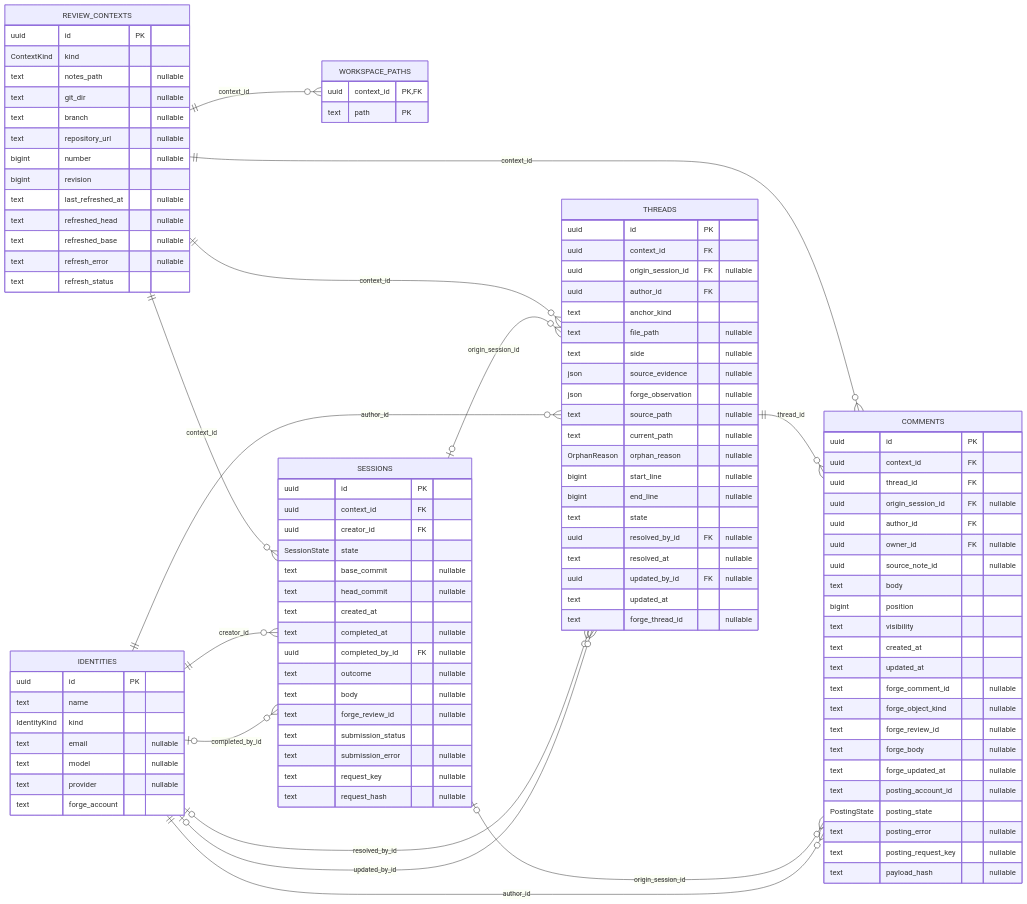
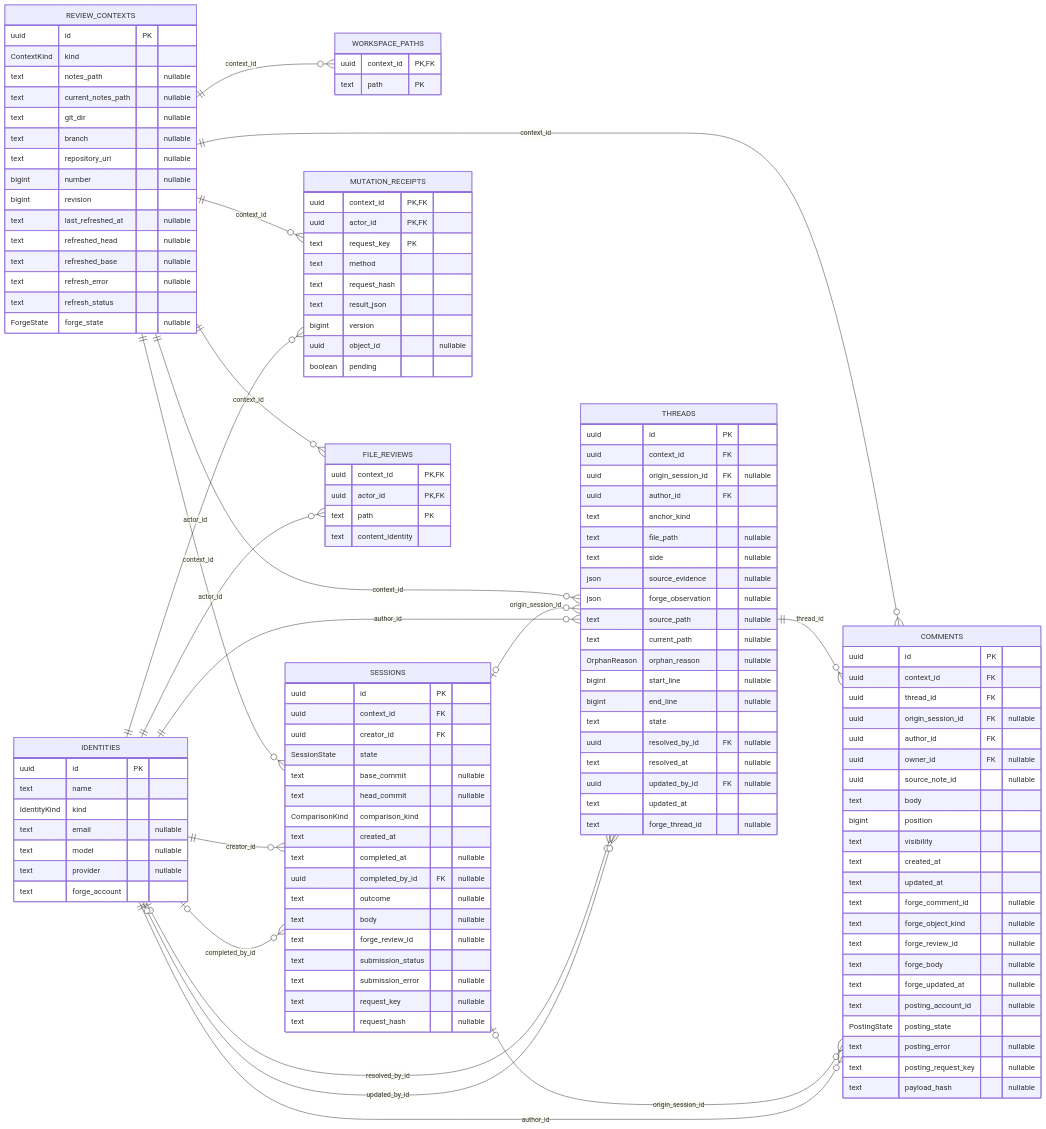
Before and after one commit to difflab-io/lgtm: the third of 4 diagrams in docs/architecture/backend/index.md, drawn with Mermaid. The commit also changed other lines of this file and 105 other files, not shown here.

```diff
--- a/docs/architecture/backend/index.md
+++ b/docs/architecture/backend/index.md
@@ -133,6 +135,7 @@
         uuid id PK
         ContextKind kind
         text notes_path "nullable"
+        text current_notes_path "nullable"
         text git_dir "nullable"
         text branch "nullable"
         text repository_url "nullable"
@@ -143,6 +146,7 @@
         text refreshed_base "nullable"
         text refresh_error "nullable"
         text refresh_status
+        ForgeState forge_state "nullable"
     }
     WORKSPACE_PATHS {
         uuid context_id PK,FK
@@ -164,6 +168,7 @@
         SessionState state
         text base_commit "nullable"
         text head_commit "nullable"
+        ComparisonKind comparison_kind
         text created_at
         text completed_at "nullable"
         uuid completed_by_id FK "nullable"
@@ -221,6 +226,27 @@
         text posting_request_key "nullable"
         text payload_hash "nullable"
     }
+    MUTATION_RECEIPTS {
+        uuid context_id PK,FK
+        uuid actor_id PK,FK
+        text request_key PK
+        text method
+        text request_hash
+        text result_json
+        bigint version
+        uuid object_id "nullable"
+        boolean pending
+    }
+    FILE_REVIEWS {
+        uuid context_id PK,FK
+        uuid actor_id PK,FK
+        text path PK
+        text content_identity
+    }
+    REVIEW_CONTEXTS ||--o{ MUTATION_RECEIPTS : context_id
+    IDENTITIES ||--o{ MUTATION_RECEIPTS : actor_id
+    REVIEW_CONTEXTS ||--o{ FILE_REVIEWS : context_id
+    IDENTITIES ||--o{ FILE_REVIEWS : actor_id
     REVIEW_CONTEXTS ||--o{ WORKSPACE_PATHS : context_id
     REVIEW_CONTEXTS ||--o{ SESSIONS : context_id
     REVIEW_CONTEXTS ||--o{ THREADS : context_id
```
